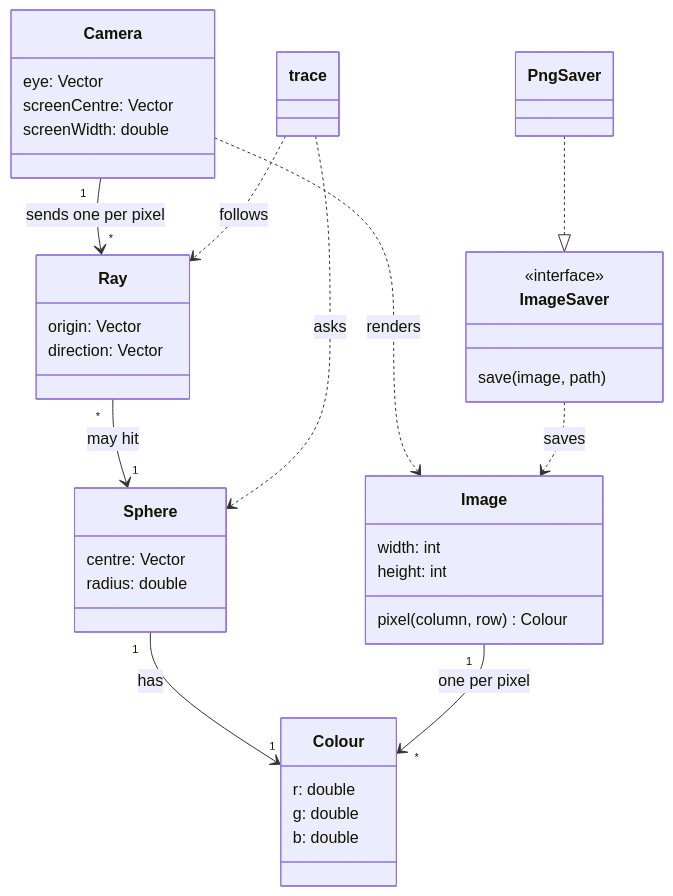
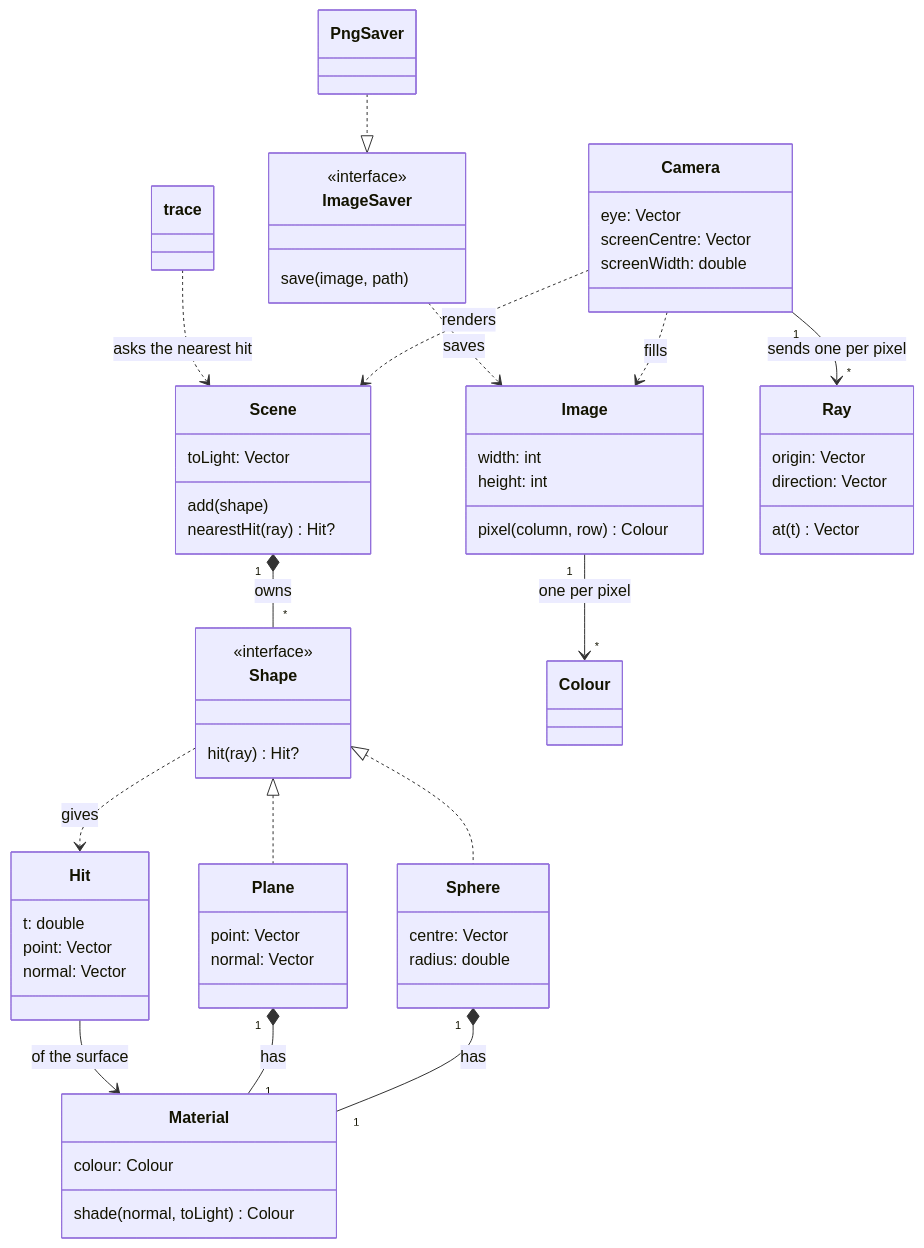
Before and after one commit to Makhtar99/Raytracing: the diagram in docs/domain/domain-model.md, drawn with Mermaid. The commit also changed other lines of this file and 1 other file, not shown here.

Commit message:
Domain model and ADR: a shape has a material

````diff
--- a/docs/domain/domain-model.md
+++ b/docs/domain/domain-model.md
@@ -7,39 +7,62 @@
 ```mermaid
 classDiagram
+    Camera ..> Scene : renders
+    Camera ..> Image : fills
     Camera "1" --> "*" Ray : sends one per pixel
-    Ray "*" --> "1" Sphere : may hit
-    Sphere "1" --> "1" Colour : has
-    Camera ..> Image : renders
+    Scene "1" *-- "*" Shape : owns
+    Shape <|.. Sphere
+    Shape <|.. Plane
+    Sphere "1" *-- "1" Material : has
+    Plane "1" *-- "1" Material : has
+    Shape ..> Hit : gives
+    Hit --> Material : of the surface
+    trace ..> Scene : asks the nearest hit
     Image "1" --> "*" Colour : one per pixel
     ImageSaver ..> Image : saves
     PngSaver ..|> ImageSaver
-    trace ..> Ray : follows
-    trace ..> Sphere : asks
     class Camera {
         eye: Vector
         screenCentre: Vector
         screenWidth: double
     }
-    class Ray {
-        origin: Vector
-        direction: Vector
+    class Scene {
+        toLight: Vector
+        add(shape)
+        nearestHit(ray) Hit?
+    }
+    class Shape {
+        <<interface>>
+        hit(ray) Hit?
     }
     class Sphere {
         centre: Vector
         radius: double
     }
-    class Colour {
-        r: double
-        g: double
-        b: double
+    class Plane {
+        point: Vector
+        normal: Vector
+    }
+    class Material {
+        colour: Colour
+        shade(normal, toLight) Colour
+    }
+    class Hit {
+        t: double
+        point: Vector
+        normal: Vector
+    }
+    class Ray {
+        origin: Vector
+        direction: Vector
+        at(t) Vector
     }
     class Image {
         width: int
         height: int
         pixel(column, row) Colour
     }
     class ImageSaver {
         <<interface>>
         save(image, path)
     }
 ```
````
